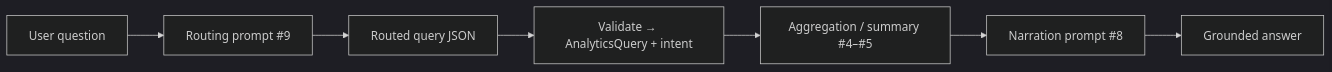
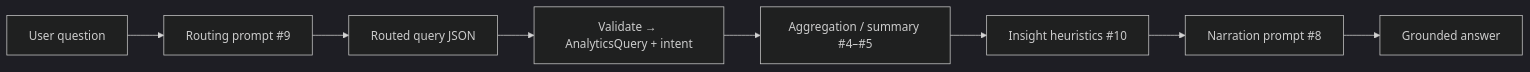
Before and after one commit to RoxanaTapia/receipt-intelligence-api: the diagram in docs/question-answering.md, drawn with Mermaid (dark theme). The commit also changed other lines of this file and 3 other files, not shown here.

First line of the commit message:
Document insight thresholds, REST path, and narration grounding for #10.

````diff
--- a/docs/question-answering.md
+++ b/docs/question-answering.md
@@ -27,9 +27,10 @@
 ```mermaid
 flowchart LR
   Q["User question"] --> R["Routing prompt #9"]
   R --> J["Routed query JSON"]
   J --> V["Validate → AnalyticsQuery + intent"]
   V --> A["Aggregation / summary #4–#5"]
-  A --> N["Narration prompt #8"]
+  A --> I["Insight heuristics #10"]
+  I --> N["Narration prompt #8"]
   N --> Ans["Grounded answer"]
 ```
````
